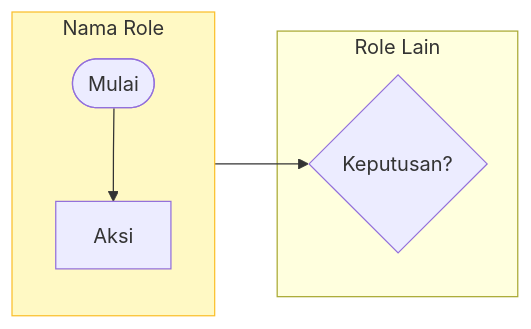
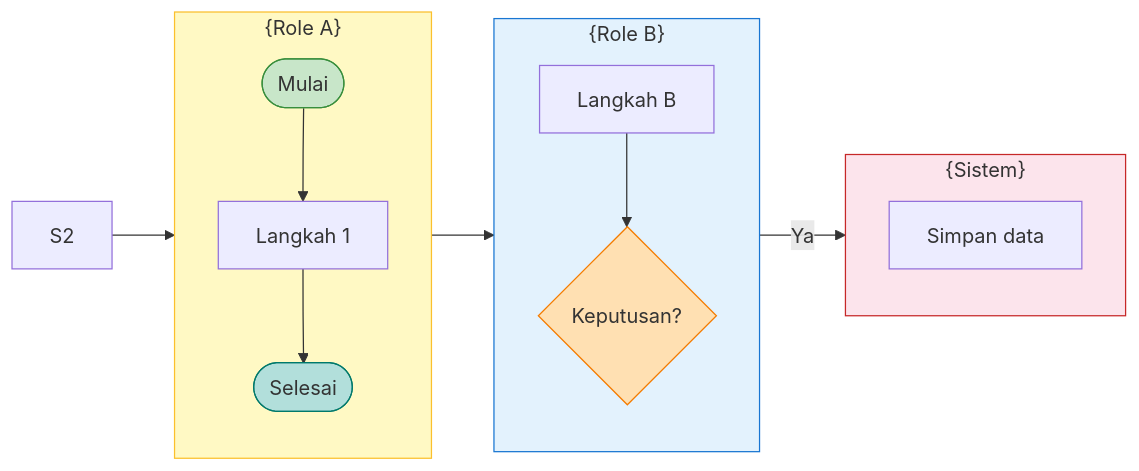
Before and after one commit to Agengkurnia/FSD-Generator-Engine: the first of 2 diagrams in docs/STANDARD-FSD-GENERATION.md, drawn with Mermaid. The commit also changed other lines of this file and 22 other files, not shown here.

````diff
--- a/docs/STANDARD-FSD-GENERATION.md
+++ b/docs/STANDARD-FSD-GENERATION.md
@@ -236,12 +287,25 @@
 ```mermaid
 flowchart LR
-    subgraph ROLE_A["Nama Role"]
+    subgraph L1["{Role A}"]
         direction TB
-        A1([Mulai]) --> A2["Aksi"]
+        A0([Mulai]) --> A1["Langkah 1"]
+        A1 --> A9([Selesai])
     end
-    subgraph ROLE_B["Role Lain"]
-        B1{"Keputusan?"}
+    subgraph L2["{Role B}"]
+        direction TB
+        B1["Langkah B"] --> B2{"Keputusan?"}
     end
-    A2 --> B1
-    style ROLE_A fill:#FFF9C4,stroke:#FBC02D,color:#333
+    subgraph L3["{Sistem}"]
+        direction TB
+        S1["Simpan data"]
+    end
+    A1 --> B1
+    B2 -->|"Ya"| S1
+    S2 --> A9
+    style A0 fill:#C8E6C9,stroke:#388E3C,color:#333
+    style A9 fill:#B2DFDB,stroke:#00796B,color:#333
+    style B2 fill:#FFE0B2,stroke:#F57C00,color:#333
+    style L1 fill:#FFF9C4,stroke:#FBC02D,color:#333
+    style L2 fill:#E3F2FD,stroke:#1976D2,color:#333
+    style L3 fill:#FCE4EC,stroke:#C62828,color:#333
 ```
````
